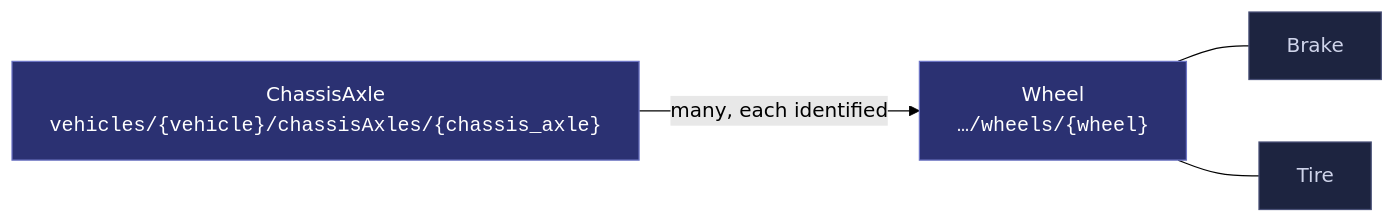
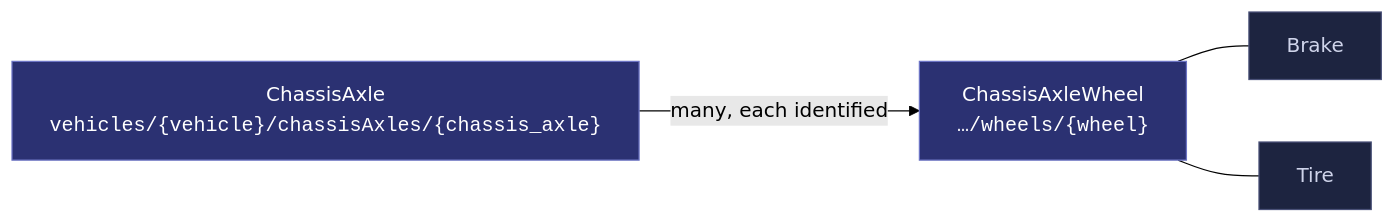
Before and after one commit to oh-tarnished/coversa-protobuf: the first of 4 diagrams in protobuf/covesa/vss/motion/chassis_axle_wheel/README.md, drawn with Mermaid (forest theme). The commit also changed other lines of this file and 40 other files, not shown here.

First line of the commit message:
feat: Introduce BrakeAxleWheel and ChassisAxleWheel schemas

````diff
--- a/protobuf/covesa/vss/motion/chassis_axle_wheel/README.md
+++ b/protobuf/covesa/vss/motion/chassis_axle_wheel/README.md
@@ -18,16 +18,16 @@
 ```mermaid
 flowchart LR
   P["ChassisAxle<br/><code>vehicles/{vehicle}/chassisAxles/{chassis_axle}</code>"]
-  R["Wheel<br/><code>…/wheels/{wheel}</code>"]
+  R["ChassisAxleWheel<br/><code>…/wheels/{wheel}</code>"]
   E0["Brake"]
   E1["Tire"]
 
   P -->|"many, each identified"| R
   R --- E0
   R --- E1
 
   classDef res fill:#2B3172,stroke:#6C74C4,color:#fff;
   classDef emb fill:#1d2440,stroke:#4a5178,color:#cfd4ea;
   class R,P res;
   class E0,E1 emb;
 ```
````
